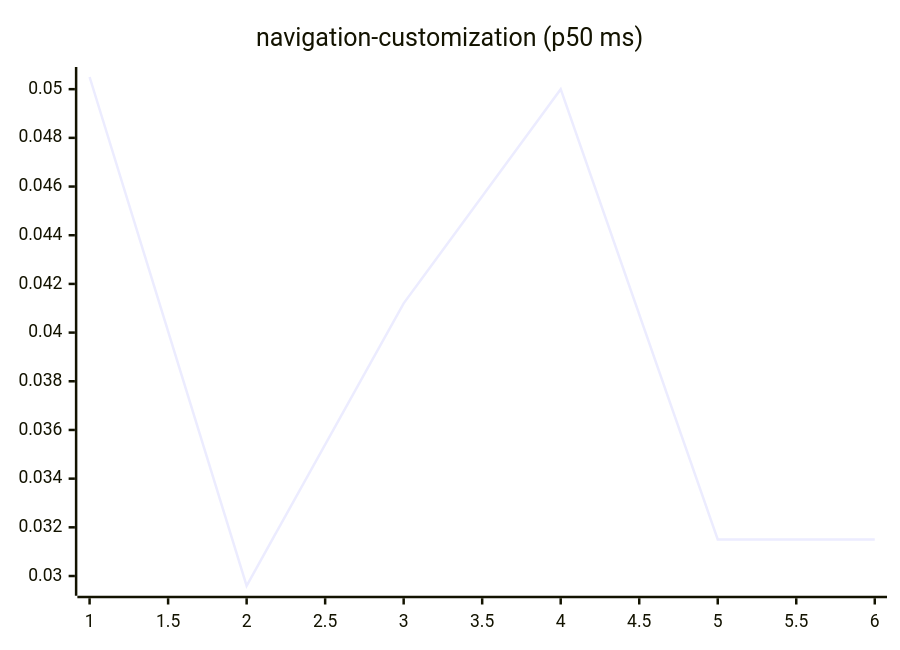
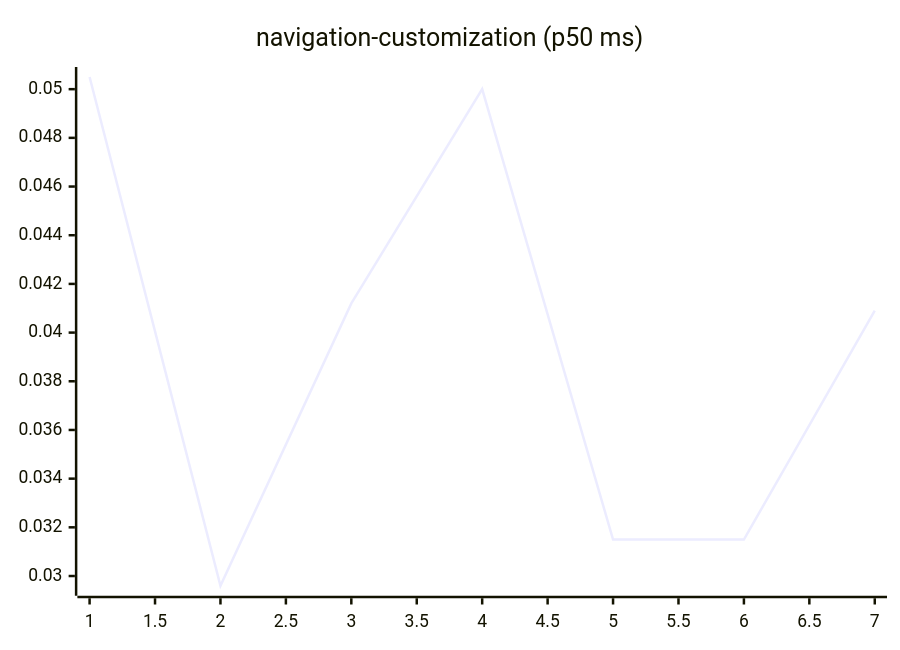
Before and after one commit to josha/Facet: diagram 15 of 27 in README.md, drawn with Mermaid. The commit also changed other lines of this file and 2 other files, not shown here.

````diff
--- a/README.md
+++ b/README.md
@@ -161,6 +161,6 @@
 ```mermaid
 xychart-beta
     title "navigation-customization (p50 ms)"
-    x-axis 1 --> 6
-    line [0.0505, 0.0296, 0.0412, 0.0500, 0.0315, 0.0315]
+    x-axis 1 --> 7
+    line [0.0505, 0.0296, 0.0412, 0.0500, 0.0315, 0.0315, 0.0409]
 ```
````
